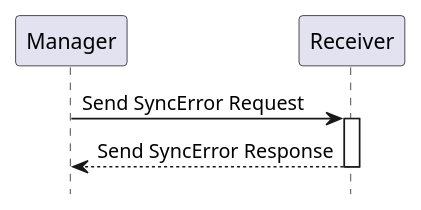
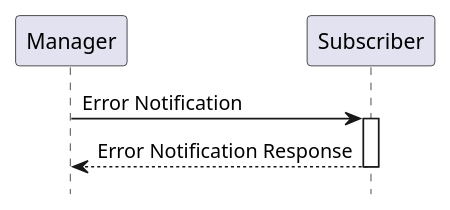
Before and after one commit to IHE/RAD.IRA: the diagram in input/images-source/rad-x10-manager-receiver-seq.plantuml, drawn with PlantUML. The commit also changed 7 other files, not shown here.

```diff
--- a/input/images-source/rad-x10-manager-receiver-seq.plantuml
+++ b/input/images-source/rad-x10-manager-receiver-seq.plantuml
@@ -1,13 +1,13 @@
 @startuml
 
 hide footbox
 
 participant "Manager" as Manager
-participant "Receiver" as Receiver
+participant "Subscriber" as Subscriber
 
-Manager->Receiver: Send SyncError Request
-activate Receiver
-Receiver-->Manager: Send SyncError Response
-deactivate Receiver
+Manager->Subscriber: Error Notification
+activate Subscriber
+Subscriber-->Manager: Error Notification Response
+deactivate Subscriber
 
 @enduml
```
